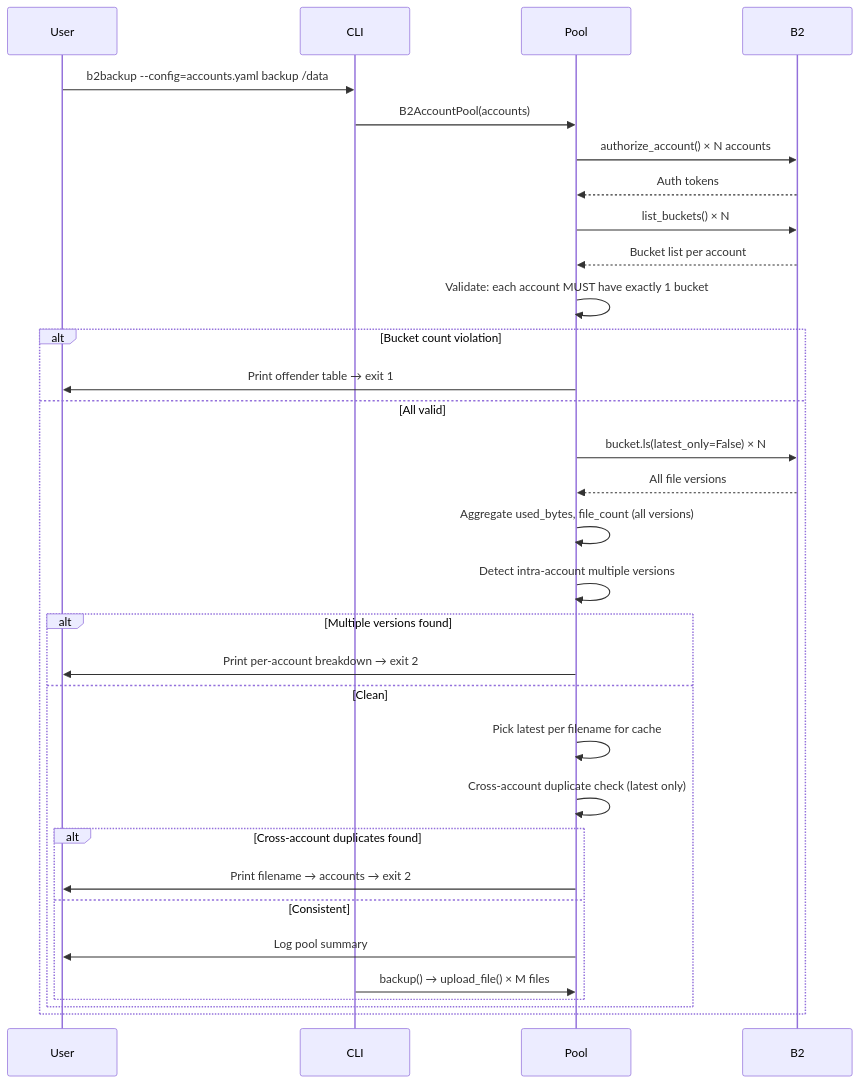
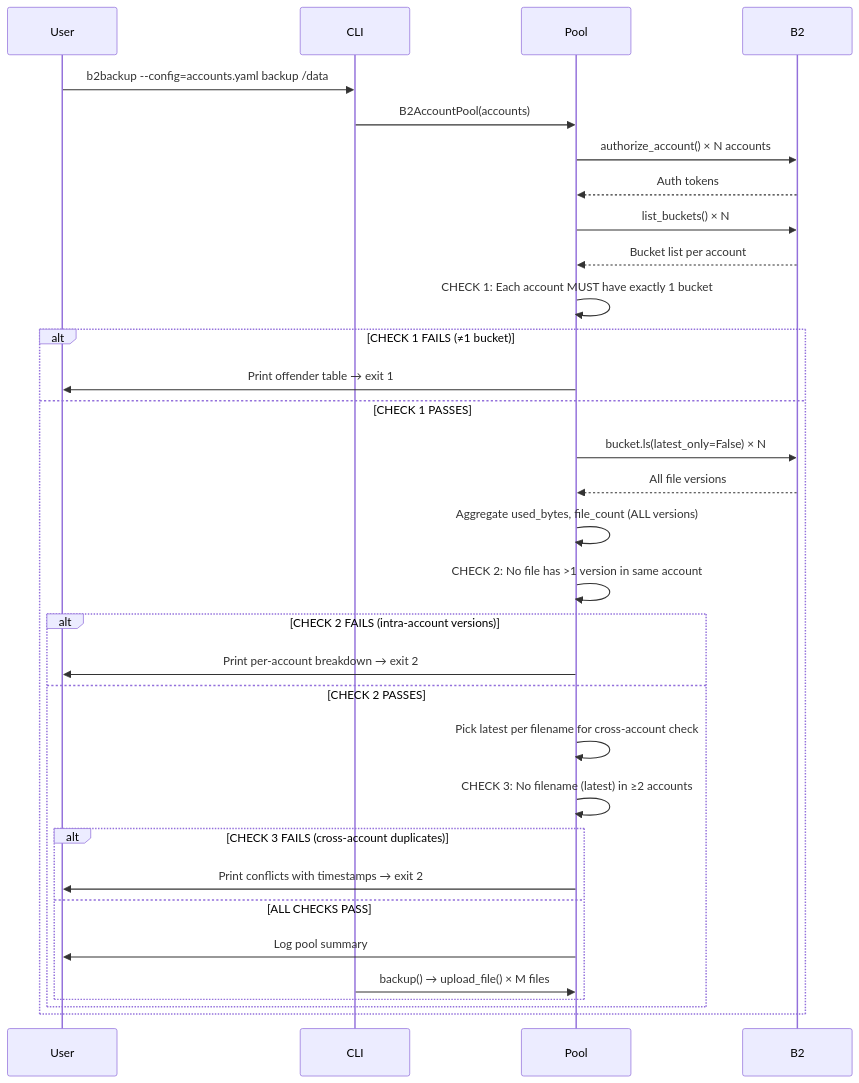
Before and after one commit to txtr/b2backup: the sixth of 6 diagrams in README.md, drawn with Mermaid. The commit also changed other lines of this file, not shown here.

Commit message:
README: clarify hard-stop validation (no graceful handling of inconsistencies)

````diff
--- a/README.md
+++ b/README.md
@@ -269,35 +272,35 @@
 ```mermaid
 sequenceDiagram
     participant User
     participant CLI
     participant Pool
     participant B2
 
     User->>CLI: b2backup --config=accounts.yaml backup /data
     CLI->>Pool: B2AccountPool(accounts)
     Pool->>B2: authorize_account() × N accounts
     B2-->>Pool: Auth tokens
     Pool->>B2: list_buckets() × N
     B2-->>Pool: Bucket list per account
-    Pool->>Pool: Validate: each account MUST have exactly 1 bucket
-    alt Bucket count violation
+    Pool->>Pool: CHECK 1: Each account MUST have exactly 1 bucket
+    alt CHECK 1 FAILS (≠1 bucket)
         Pool->>User: Print offender table → exit 1
-    else All valid
+    else CHECK 1 PASSES
         Pool->>B2: bucket.ls(latest_only=False) × N
         B2-->>Pool: All file versions
-        Pool->>Pool: Aggregate used_bytes, file_count (all versions)
-        Pool->>Pool: Detect intra-account multiple versions
-        alt Multiple versions found
+        Pool->>Pool: Aggregate used_bytes, file_count (ALL versions)
+        Pool->>Pool: CHECK 2: No file has >1 version in same account
+        alt CHECK 2 FAILS (intra-account versions)
             Pool->>User: Print per-account breakdown → exit 2
-        else Clean
-            Pool->>Pool: Pick latest per filename for cache
-            Pool->>Pool: Cross-account duplicate check (latest only)
-            alt Cross-account duplicates found
-                Pool->>User: Print filename → accounts → exit 2
-            else Consistent
+        else CHECK 2 PASSES
+            Pool->>Pool: Pick latest per filename for cross-account check
+            Pool->>Pool: CHECK 3: No filename (latest) in ≥2 accounts
+            alt CHECK 3 FAILS (cross-account duplicates)
+                Pool->>User: Print conflicts with timestamps → exit 2
+            else ALL CHECKS PASS
                 Pool->>User: Log pool summary
                 CLI->>Pool: backup() → upload_file() × M files
             end
         end
     end
 ```
````
